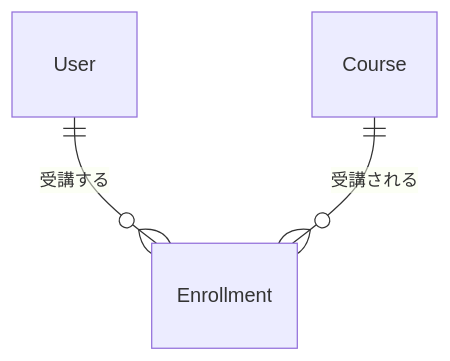
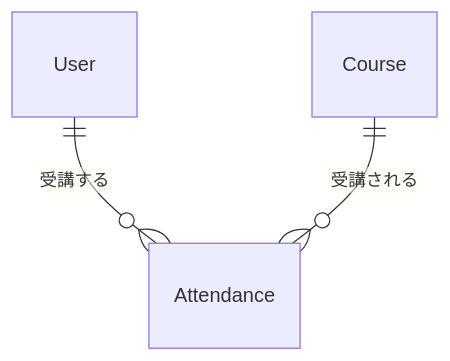
Before and after one commit to kou-tech/laravel-lesson: the diagram in lessons/11-database-design.md, drawn with Mermaid. The commit also changed other lines of this file, not shown here.

Commit message:
受講（Attendance）テーブルに関する用語を統一し、関連するマイグレーションやモデルの名称を変更しました。また、受講状態や受講日時のデフォルト値を修正しました。

````diff
--- a/lessons/11-database-design.md
+++ b/lessons/11-database-design.md
@@ -25,5 +25,5 @@
 ```mermaid
 erDiagram
-    User ||--o{ Enrollment : "受講する"
-    Course ||--o{ Enrollment : "受講される"
+    User ||--o{ Attendance : "受講する"
+    Course ||--o{ Attendance : "受講される"
 ```
````
